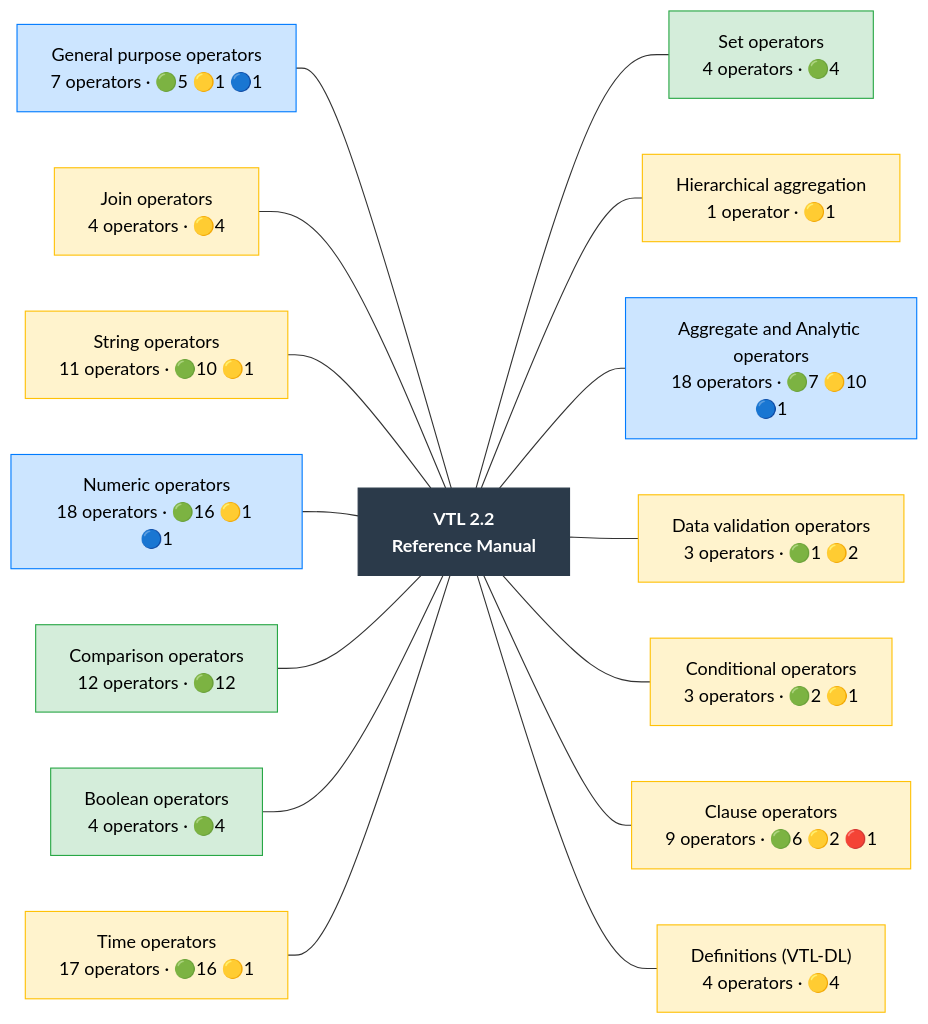
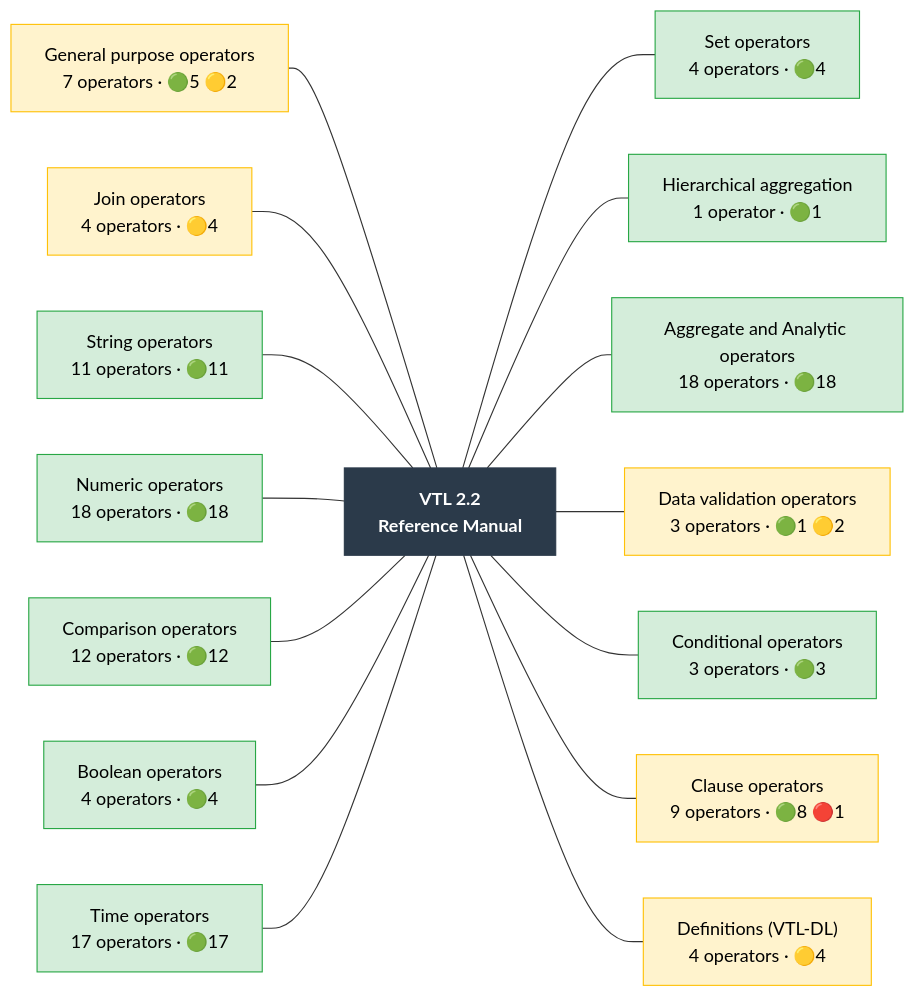
One commit to Meaningful-Data/vtlengine changed the diagram in docs/operator_map/overview.rst. Above: the diagram before and after it, drawn with Mermaid. The commit also changed other lines of this file and 175 other files, not shown here.

```diff
--- a/docs/operator_map/overview.rst
+++ b/docs/operator_map/overview.rst
@@ -17,54 +17,54 @@
 .. mermaid::
    :config: {"flowchart": {"useMaxWidth": false}}
 
    flowchart LR
        classDef ok fill:#d4edda,stroke:#28a745,color:#000
        classDef partial fill:#fff3cd,stroke:#ffc107,color:#000
        classDef refused fill:#d4edda,stroke:#28a745,stroke-width:3px,stroke-dasharray: 2 2,color:#000
        classDef missing fill:#f8d7da,stroke:#dc3545,color:#000
        classDef diverge fill:#cce5ff,stroke:#007bff,color:#000
        classDef block fill:#2b3a4a,stroke:#2b3a4a,color:#fff,font-weight:bold
        classDef ext fill:#fff,stroke:#666,color:#000,stroke-dasharray: 5 5
        R["VTL 2.2<br/>Reference Manual"]:::block
-       chapter__general["General purpose operators<br/>7 operators · 🟢5 🟡1 🔵1"]:::diverge
+       chapter__general["General purpose operators<br/>7 operators · 🟢5 🟡2"]:::partial
        chapter__join["Join operators<br/>4 operators · 🟡4"]:::partial
-       chapter__string["String operators<br/>11 operators · 🟢10 🟡1"]:::partial
-       chapter__numeric["Numeric operators<br/>18 operators · 🟢16 🟡1 🔵1"]:::diverge
+       chapter__string["String operators<br/>11 operators · 🟢11"]:::ok
+       chapter__numeric["Numeric operators<br/>18 operators · 🟢18"]:::ok
        chapter__comparison["Comparison operators<br/>12 operators · 🟢12"]:::ok
        chapter__boolean["Boolean operators<br/>4 operators · 🟢4"]:::ok
-       chapter__time["Time operators<br/>17 operators · 🟢16 🟡1"]:::partial
+       chapter__time["Time operators<br/>17 operators · 🟢17"]:::ok
        chapter__set["Set operators<br/>4 operators · 🟢4"]:::ok
-       chapter__hierarchy["Hierarchical aggregation<br/>1 operator · 🟡1"]:::partial
-       chapter__aggregate["Aggregate and Analytic operators<br/>18 operators · 🟢7 🟡10 🔵1"]:::diverge
+       chapter__hierarchy["Hierarchical aggregation<br/>1 operator · 🟢1"]:::ok
+       chapter__aggregate["Aggregate and Analytic operators<br/>18 operators · 🟢18"]:::ok
        chapter__validation["Data validation operators<br/>3 operators · 🟢1 🟡2"]:::partial
-       chapter__conditional["Conditional operators<br/>3 operators · 🟢2 🟡1"]:::partial
-       chapter__clause["Clause operators<br/>9 operators · 🟢6 🟡2 🔴1"]:::partial
+       chapter__conditional["Conditional operators<br/>3 operators · 🟢3"]:::ok
+       chapter__clause["Clause operators<br/>9 operators · 🟢8 🔴1"]:::partial
        chapter__definitions["Definitions (VTL-DL)<br/>4 operators · 🟡4"]:::partial
        chapter__general --- R
        chapter__join --- R
        chapter__string --- R
        chapter__numeric --- R
        chapter__comparison --- R
        chapter__boolean --- R
        chapter__time --- R
        R --- chapter__set
        R --- chapter__hierarchy
        R --- chapter__aggregate
        R --- chapter__validation
        R --- chapter__conditional
        R --- chapter__clause
        R --- chapter__definitions
        click chapter__general href "general/index.html"
        click chapter__join href "join/index.html"
        click chapter__string href "string/index.html"
        click chapter__numeric href "numeric/index.html"
        click chapter__comparison href "comparison/index.html"
        click chapter__boolean href "boolean/index.html"
        click chapter__time href "time/index.html"
        click chapter__set href "set/index.html"
        click chapter__hierarchy href "hierarchy/index.html"
        click chapter__aggregate href "aggregate/index.html"
        click chapter__validation href "validation/index.html"
        click chapter__conditional href "conditional/index.html"
        click chapter__clause href "clause/index.html"
        click chapter__definitions href "definitions/index.html"
```
